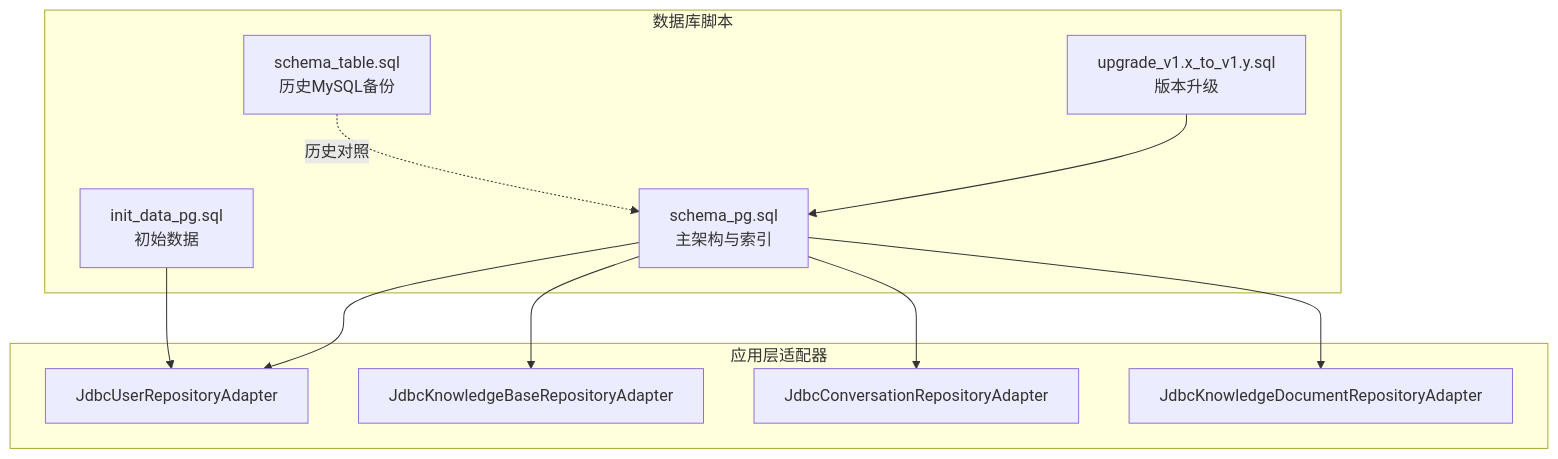
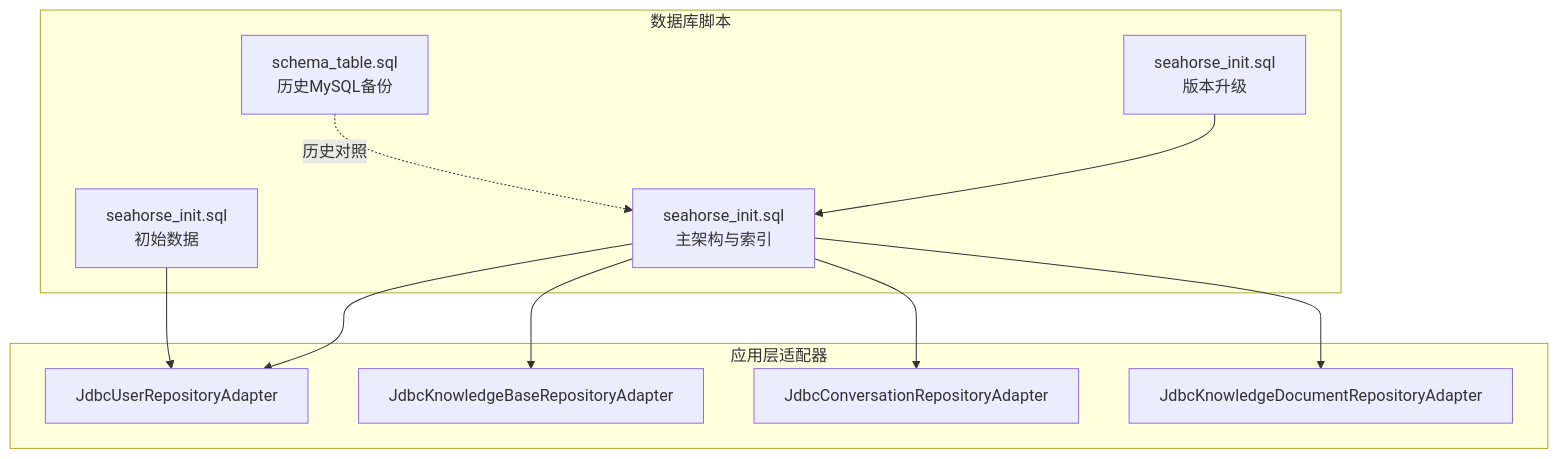
The first of 5 diagrams in docs/zh/content/数据库设计/数据库设计.md (onceMisery/seahorse-agent), drawn with Mermaid before and after one commit. The commit also changed other lines of this file and 31 other files, not shown here.

First line of the commit message:
refactor: merge all DDL into seahorse_init.sql, delete redundant scripts

````diff
--- a/docs/zh/content/数据库设计/数据库设计.md
+++ b/docs/zh/content/数据库设计/数据库设计.md
@@ -42,22 +42,22 @@
 ```mermaid
 graph TB
 subgraph "数据库脚本"
-A["schema_pg.sql<br/>主架构与索引"]
-B["init_data_pg.sql<br/>初始数据"]
-C["upgrade_v1.x_to_v1.y.sql<br/>版本升级"]
+A["seahorse_init.sql<br/>主架构与索引"]
+B["seahorse_init.sql<br/>初始数据"]
+C["seahorse_init.sql<br/>版本升级"]
 D["schema_table.sql<br/>历史MySQL备份"]
 end
 subgraph "应用层适配器"
 E["JdbcUserRepositoryAdapter"]
 F["JdbcKnowledgeBaseRepositoryAdapter"]
 G["JdbcConversationRepositoryAdapter"]
 H["JdbcKnowledgeDocumentRepositoryAdapter"]
 end
 A --> E
 A --> F
 A --> G
 A --> H
 B --> E
 C --> A
 D -. 历史对照 .-> A
 ```
````
